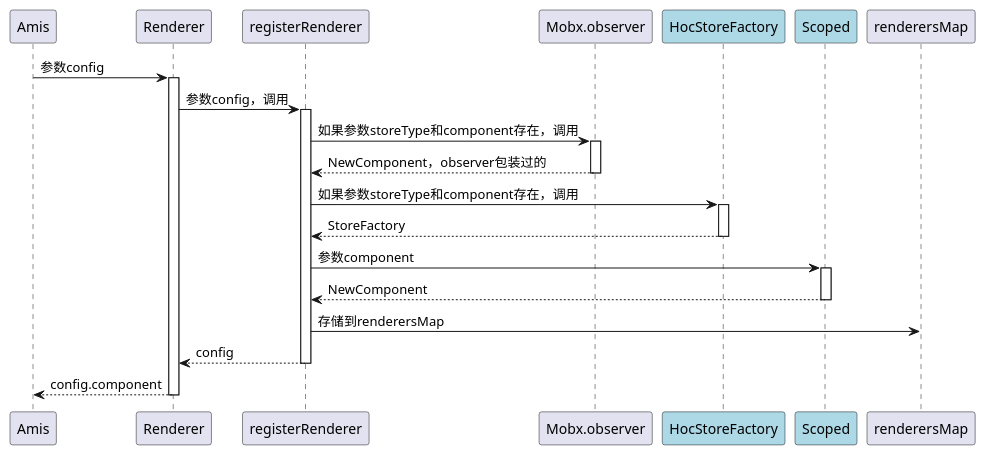
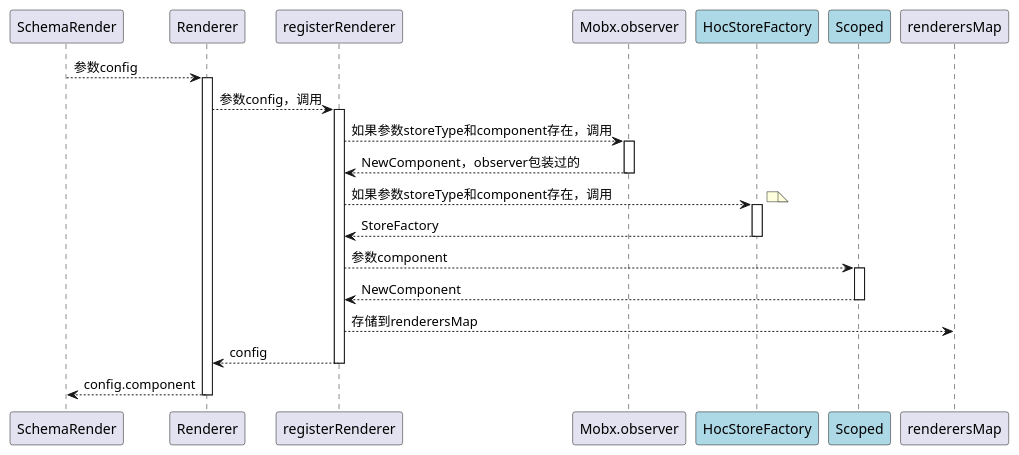
Before and after one commit to TigerWFH/webapp: the diagram in doc/专业知识/amis/Renderer.wsd, drawn with PlantUML. The commit also changed 1 other file, not shown here.

```diff
--- a/doc/专业知识/amis/Renderer.wsd
+++ b/doc/专业知识/amis/Renderer.wsd
@@ -1,21 +1,23 @@
 @startuml Renderer调用流程
-participant Amis
+participant SchemaRender
 participant Renderer
 participant registerRenderer
 participant Mobx.observer
 participant HocStoreFactory #LightBlue
 participant Scoped #LightBlue
 participant renderersMap
 
-Amis -> Renderer ++ : 参数config
-    Renderer -> registerRenderer ++ : 参数config，调用
-        registerRenderer -> Mobx.observer ++ : 如果参数storeType和component存在，调用
+SchemaRender --> Renderer ++ : 参数config
+    Renderer --> registerRenderer ++ : 参数config，调用
+        registerRenderer --> Mobx.observer ++ : 如果参数storeType和component存在，调用
         return NewComponent，observer包装过的
-        registerRenderer -> HocStoreFactory ++ : 如果参数storeType和component存在，调用
+        registerRenderer --> HocStoreFactory ++ : 如果参数storeType和component存在，调用
+        note right
+        end note
         return StoreFactory
-        registerRenderer -> Scoped ++ : 参数component
+        registerRenderer --> Scoped ++ : 参数component
         return NewComponent
-        registerRenderer -> renderersMap : 存储到renderersMap
+        registerRenderer --> renderersMap : 存储到renderersMap
     return config
 return config.component
 @enduml
```
